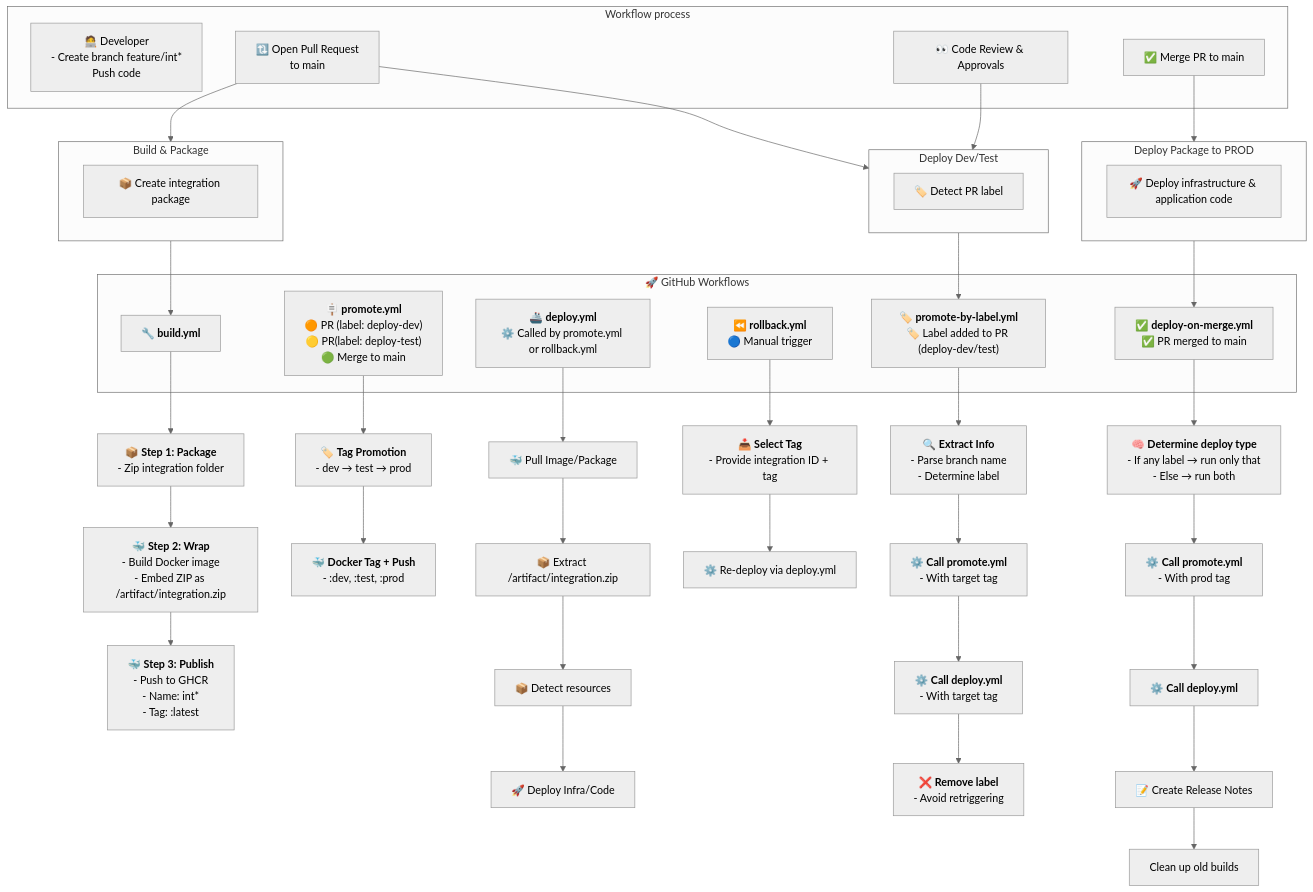
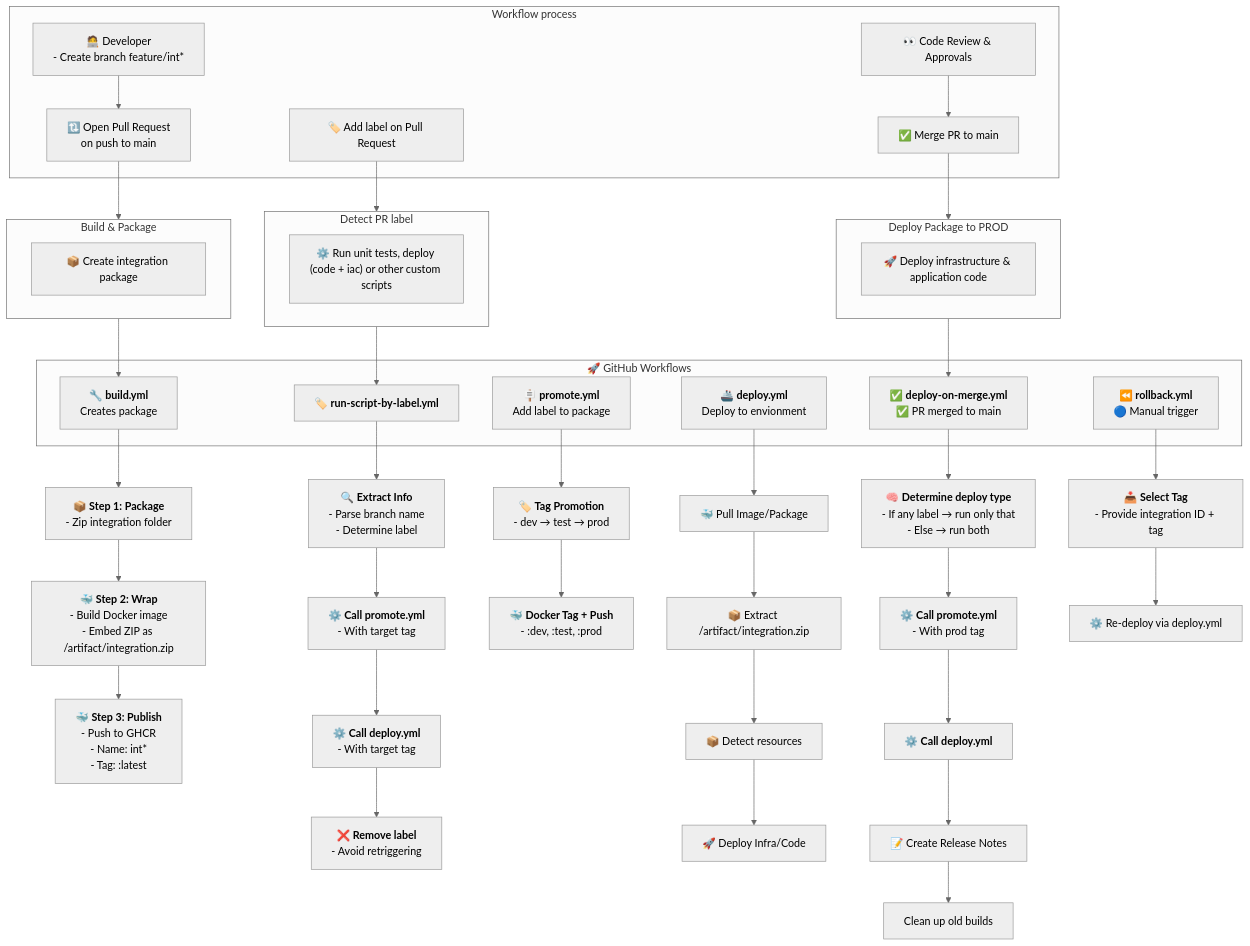
Before and after one commit to antonidag/radius: the first of 3 diagrams in README.md, drawn with Mermaid (neutral theme).

Commit message:
docs: align the wp with gw

````diff
--- a/README.md
+++ b/README.md
@@ -1,81 +1,81 @@
 ```mermaid
----
-config:
-  layout: dagre
----
 flowchart TD
 
   %% Developer steps
   subgraph WORKPROCESS["Workflow process"]
       %% Developer & Git Process (Top vertical)
-    WP1["🧑‍💻 Developer<br>- Create branch feature/int* <br>Push code"]
-    WP2["🔃 Open Pull Request <br>to main"]
+    WP1["🧑‍💻 Developer<br>- Create branch feature/int*"]
+    WP2["🔃 Open Pull Request <br>on push to main"]
+    WP5["🏷️ Add label on Pull Request"]
     WP3["👀 Code Review & Approvals"]
     WP4["✅ Merge PR to main"]
   end
 
   %% Build Phase
   subgraph WPBUILD["Build & Package"]
     B11["📦 Create integration package"]
   end
 
   %% Promotion Phase
-  subgraph WPPROMOTE["Deploy Dev/Test"]
-    P11["🏷️ Detect PR label"]
+  subgraph WPPROMOTE["Detect PR label"]
+    P11["⚙️ Run unit tests, deploy (code + iac) or other custom scripts"]
   end
 
   %% Deploy Phase
   subgraph WPDEPLOY["Deploy Package to PROD"]
     D32["🚀 Deploy infrastructure & application code"]
 
   end
+  WP1 --> WP2
   WP2 --> WPBUILD
-  WP2 --> WPPROMOTE
-  WP3 --> WPPROMOTE
+  WP5 --> WPPROMOTE
+  WP3 --> WP4
   WP4 --> WPDEPLOY
   
   WPBUILD --> W1
   WPPROMOTE --> W5
   WPDEPLOY --> W6
 
   subgraph WORKFLOWS["🚀 GitHub Workflows"]
-      W1["🔧 <b>build.yml</b><br>"]
-      W2["🪧 <b>promote.yml</b><br>🟠 PR (label: deploy-dev)<br>🟡 PR(label: deploy-test)<br>🟢 Merge to main"]
-      W3["🚢 <b>deploy.yml</b><br>⚙️ Called by promote.yml or rollback.yml"]
-      W5["🏷️ <b>promote-by-label.yml</b><br>🏷️ Label added to PR (deploy-dev/test)"]
+      W1["🔧 <b>build.yml</b><br> Creates package"]
+      W2["🪧 <b>promote.yml</b><br>Add label to package"]
+      W3["🚢 <b>deploy.yml</b><br>Deploy to envionment"]
+      W5["🏷️ <b>run-script-by-label.yml</b><br>"]
       W6["✅ <b>deploy-on-merge.yml</b><br>✅ PR merged to main"]
       W4["⏪ <b>rollback.yml</b><br>🔵 Manual trigger"]
   end
 
   %% build.yml
   W1 --> B1["📦 <b>Step 1: Package</b><br>- Zip integration folder"]
   B1 --> B2["🐳 <b>Step 2: Wrap</b><br>- Build Docker image<br>- Embed ZIP as /artifact/integration.zip"]
   B2 --> B3["🐳 <b>Step 3: Publish</b><br>- Push to GHCR<br>- Name: int* <br>- Tag: :latest"]
 
-  %% promote.yml
-  W2 --> P1["🏷️ <b>Tag Promotion</b><br>- dev → test → prod"]
-  P1 --> P2["🐳 <b>Docker Tag + Push</b><br>- :dev, :test, :prod"]
-
-  %% deploy.yml
-  W3 --> D1["🐳 Pull Image/Package"]
-  D1 --> D2["📦 Extract /artifact/integration.zip"]
-  D2 --> D3["📦 Detect resources"]
-  D3 --> D4["🚀 Deploy Infra/Code"]
-
-  %% rollback.yml
-  W4 --> R1["📥 <b>Select Tag</b><br>- Provide integration ID + tag"]
-  R1 --> R2["⚙️ Re-deploy via deploy.yml"]
 
   %% promote-by-label.yml
   W5 --> L1["🔍 <b>Extract Info</b><br>- Parse branch name<br>- Determine label"]
   L1 --> L2["⚙️  <b>Call promote.yml</b><br>- With target tag"]
   L2 --> L3["⚙️  <b>Call deploy.yml</b><br>- With target tag"]
   L3 --> L4["❌ <b>Remove label</b><br>- Avoid retriggering"]
 
+  %% promote.yml
+  W2 --> P1["🏷️ <b>Tag Promotion</b><br>- dev → test → prod"]
+  P1 --> P2["🐳 <b>Docker Tag + Push</b><br>- :dev, :test, :prod"]
+
+
+    %% deploy.yml
+  W3 --> D1["🐳 Pull Image/Package"]
+  D1 --> D2["📦 Extract /artifact/integration.zip"]
+  D2 --> D3["📦 Detect resources"]
+  D3 --> D4["🚀 Deploy Infra/Code"]
+
   %% deploy-on-merge.yml
   W6 --> M1["🧠 <b>Determine deploy type</b><br>- If any label → run only that<br>- Else → run both"]
   M1 --> M2["⚙️ <b>Call promote.yml</b><br>- With prod tag"]
   M2 --> M3["⚙️ <b>Call deploy.yml</b>"]
   M3 --> M4["📝 Create Release Notes"]
   M4 --> M5["Clean up old builds"]
+
+    %% rollback.yml
+  W4 --> R1["📥 <b>Select Tag</b><br>- Provide integration ID + tag"]
+  R1 --> R2["⚙️ Re-deploy via deploy.yml"]
 ```
````
